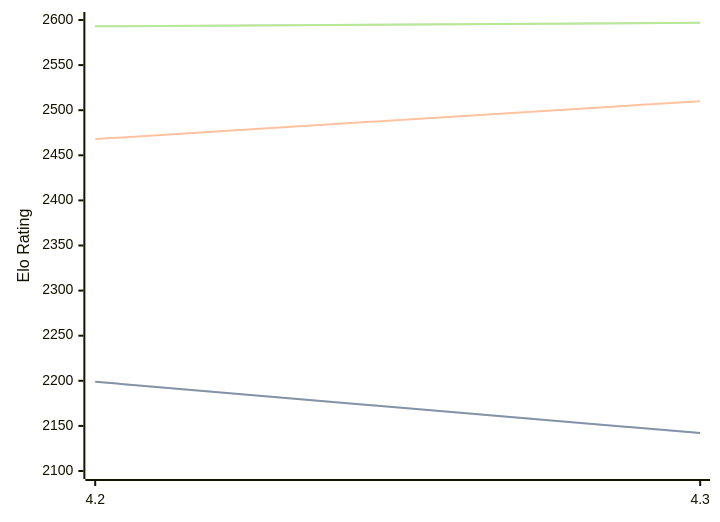
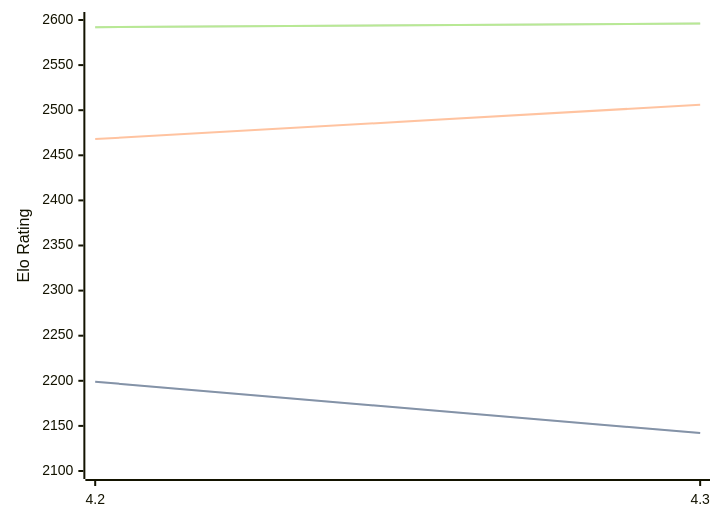
One commit to computer-chess-index/cci changed the diagram in engines/Eubos.md. Above: the diagram before and after it, drawn with Mermaid. The commit also changed other lines of this file, not shown here.

Commit message:
Update CCI Ratings (ELO VLTC) - 2026-03-15

````diff
--- a/engines/Eubos.md
+++ b/engines/Eubos.md
@@ -86,11 +86,11 @@
 ```mermaid
 %%{init: {"theme":"base","themeVariables":{"seriesColors:['#a3a3a3','#222221','#faa371']}}}%%
 xychart-beta
   x-axis ["4.2", "4.3"]
   y-axis "Elo Rating" 2100 --> 2600
   line "STC (8.0+0.08s)" [2199, 2142]
   line "STC (8.0+0.08s)" [2199, 2142]
-  line "LTC (60.0+0.60s)" [2468, 2510]
-  line "VLTC (2m24s+1.12s)" [2593, 2597]
-  line "VLTC (2m24s+1.12s)" [2593, 2597]
+  line "LTC (60.0+0.60s)" [2468, 2506]
+  line "VLTC (2m24s+1.12s)" [2592, 2596]
+  line "VLTC (2m24s+1.12s)" [2592, 2596]
 ```
````
